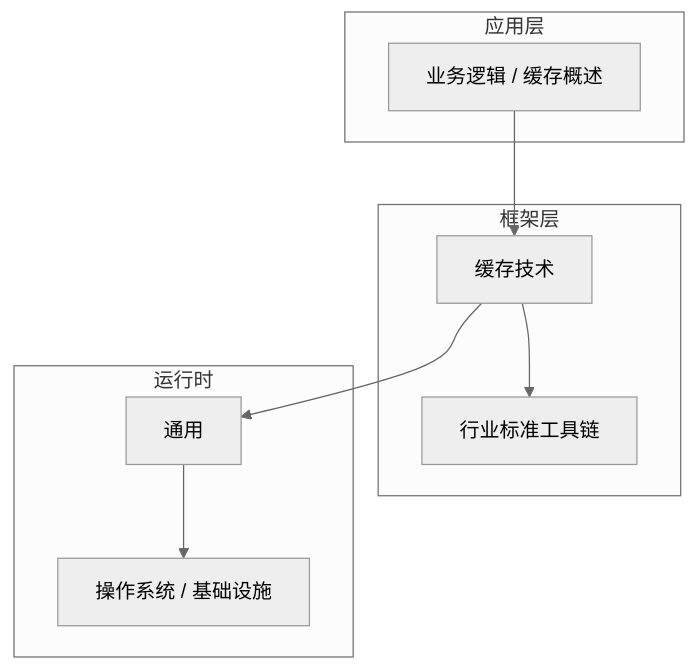
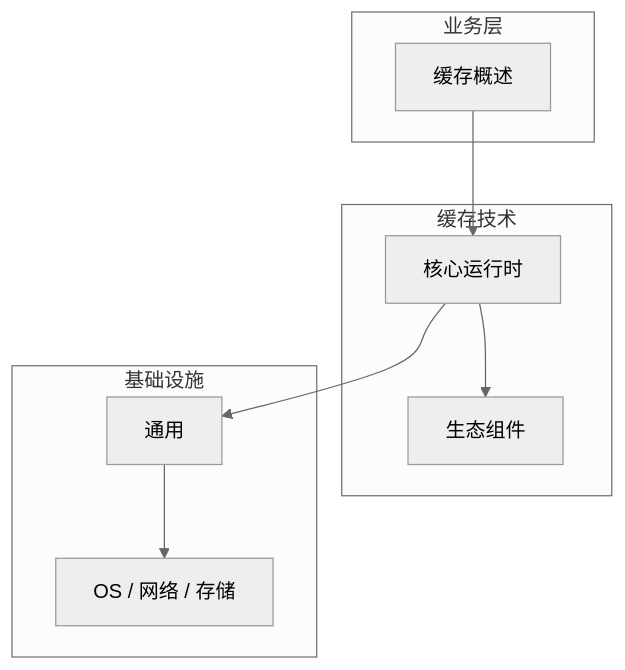
The diagram in articles/缓存技术/chapters/001-缓存概述核心概念与原理.md (yanggan2015/knowledge-json-v2), drawn with Mermaid (neutral theme) before and after one commit. The commit also changed other lines of this file and 10127 other files, not shown here.

````diff
--- a/articles/缓存技术/chapters/001-缓存概述核心概念与原理.md
+++ b/articles/缓存技术/chapters/001-缓存概述核心概念与原理.md
@@ -45,18 +34,18 @@
 ```mermaid
 graph TB
-    subgraph 应用层
-        A[业务逻辑 / 缓存概述]
+    subgraph 业务层
+        A[缓存概述]
     end
-    subgraph 框架层
-        B[缓存技术]
-        C[行业标准工具链]
+    subgraph 缓存技术
+        B[核心运行时]
+        C[生态组件]
     end
-    subgraph 运行时
+    subgraph 基础设施
         D[通用]
-        E[操作系统 / 基础设施]
+        E[OS / 网络 / 存储]
     end
     A --> B
     B --> C
     B --> D
     D --> E
 ```
````
